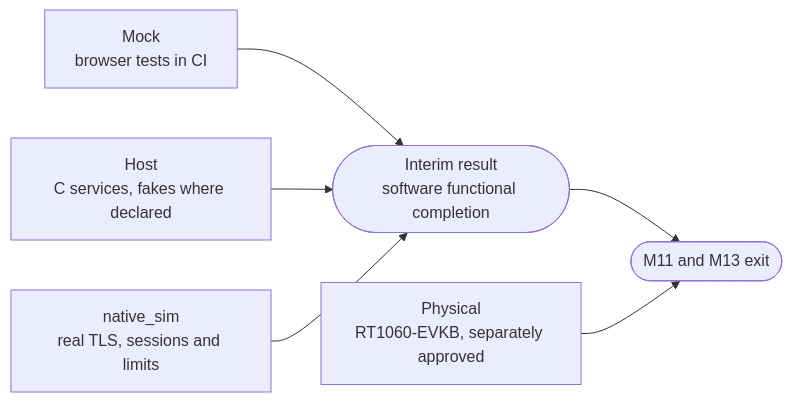
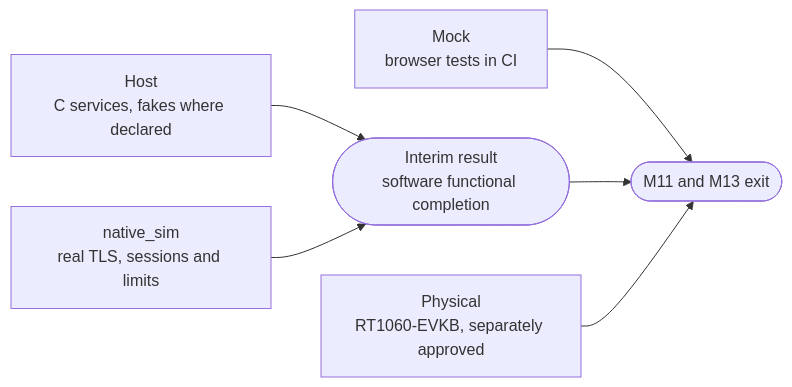
Before and after one commit to wonny-labs/crux-pilot: the first of 5 diagrams in docs/plans/web-frontend-implementation.md, drawn with Mermaid. The commit also changed other lines of this file and 5 other files, not shown here.

````diff
--- a/docs/plans/web-frontend-implementation.md
+++ b/docs/plans/web-frontend-implementation.md
@@ -44,14 +44,14 @@
 ```mermaid
 flowchart LR
     mock["Mock<br/>browser tests in CI"]
     host["Host<br/>C services, fakes where declared"]
     sim["native_sim<br/>real TLS, sessions and limits"]
     interim(["Interim result<br/>software functional completion"])
     phys["Physical<br/>RT1060-EVKB, separately approved"]
     done(["M11 and M13 exit"])
-    mock --> interim
+    mock --> done
     host --> interim
     sim --> interim
     interim --> done
     phys --> done
 ```
````
